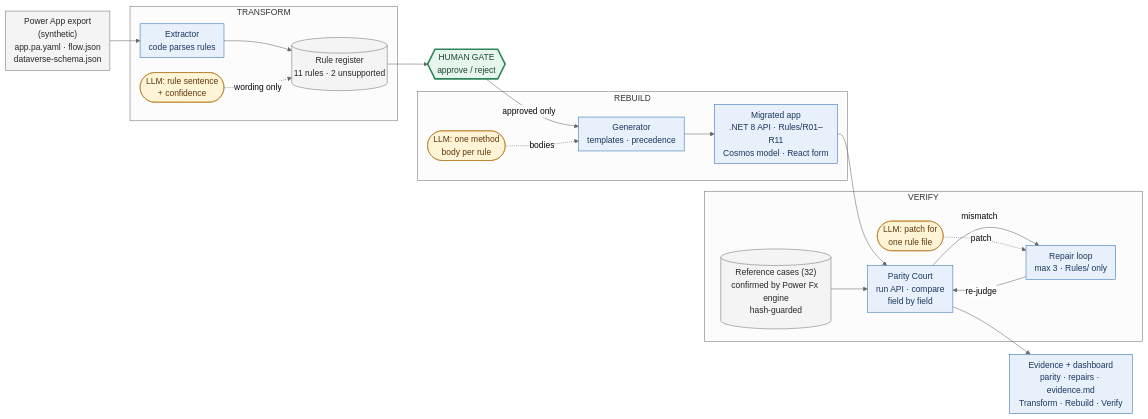
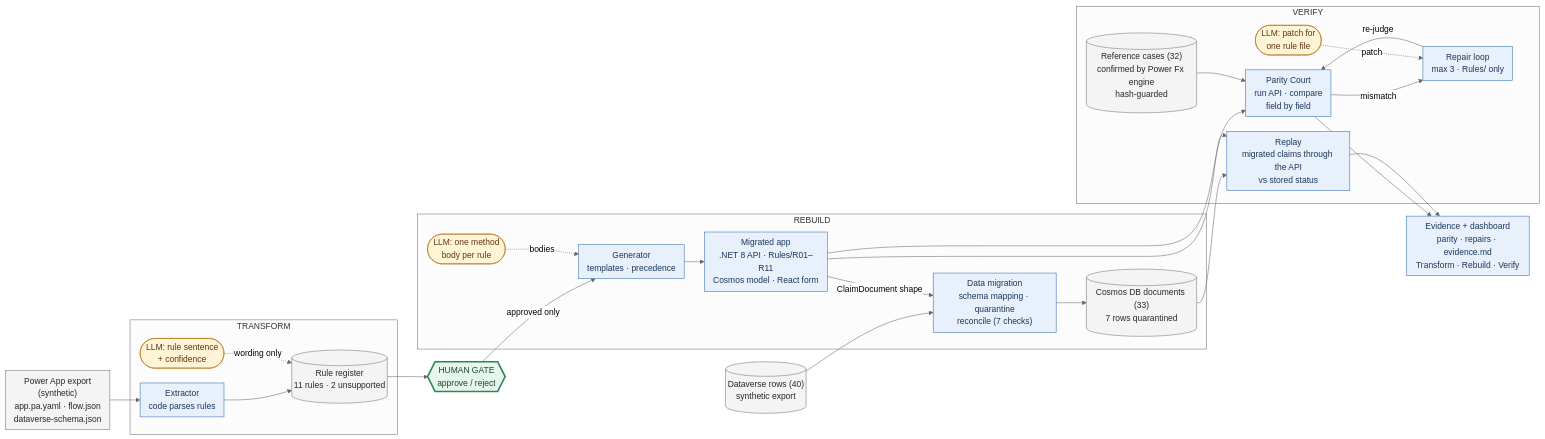
One commit to HelenThl/fluxora changed the diagram in docs/architecture.mmd. Above: the diagram before and after it, drawn with Mermaid (neutral theme). The commit also changed 15 other files, not shown here.

```diff
--- a/docs/architecture.mmd
+++ b/docs/architecture.mmd
@@ -1,51 +1,61 @@
 %%{init: {"flowchart": {"nodeSpacing": 28, "rankSpacing": 38, "padding": 8}}}%%
 %% Fluxora pipeline. Render: npx -y @mermaid-js/mermaid-cli@11.4.2 -i docs/architecture.mmd -o docs/architecture.svg
 %% (Windows PowerShell with scripts disabled: use npx.cmd instead of npx.)
 flowchart LR
     IN["Power App export<br/>(synthetic)<br/>app.pa.yaml · flow.json<br/>dataverse-schema.json"]
+    DV[("Dataverse rows (40)<br/>synthetic export")]
 
     subgraph T["TRANSFORM"]
         EXT["Extractor<br/>code parses rules"]
         EXTLLM(["LLM: rule sentence<br/>+ confidence"])
         REG[("Rule register<br/>11 rules · 2 unsupported")]
     end
 
     GATE{{"HUMAN GATE<br/>approve / reject"}}
 
     subgraph R["REBUILD"]
         GEN["Generator<br/>templates · precedence"]
         GENLLM(["LLM: one method<br/>body per rule"])
         APPOUT["Migrated app<br/>.NET 8 API · Rules/R01–R11<br/>Cosmos model · React form"]
+        MIG["Data migration<br/>schema mapping · quarantine<br/>reconcile (7 checks)"]
+        DOCS[("Cosmos DB documents (33)<br/>7 rows quarantined")]
     end
 
     subgraph V["VERIFY"]
         CASES[("Reference cases (32)<br/>confirmed by Power Fx engine<br/>hash-guarded")]
         JUDGE["Parity Court<br/>run API · compare<br/>field by field"]
         REPAIR["Repair loop<br/>max 3 · Rules/ only"]
         REPLLM(["LLM: patch for<br/>one rule file"])
+        REPLAY["Replay<br/>migrated claims through the API<br/>vs stored status"]
     end
 
     OUT["Evidence + dashboard<br/>parity · repairs · evidence.md<br/>Transform · Rebuild · Verify"]
 
     IN --> EXT
     EXT --> REG
     EXTLLM -. wording only .-> REG
     REG --> GATE
     GATE -- approved only --> GEN
     GENLLM -. bodies .-> GEN
     GEN --> APPOUT
     APPOUT --> JUDGE
     CASES --> JUDGE
     JUDGE -- mismatch --> REPAIR
     REPLLM -. patch .-> REPAIR
     REPAIR -- re-judge --> JUDGE
     JUDGE --> OUT
+    DV --> MIG
+    APPOUT -- ClaimDocument shape --> MIG
+    MIG --> DOCS
+    DOCS --> REPLAY
+    APPOUT --> REPLAY
+    REPLAY --> OUT
 
     classDef llm fill:#fff4d6,stroke:#b7791f,color:#5f370e
     classDef nollm fill:#e8f1fb,stroke:#2b6cb0,color:#1a365d
     classDef human fill:#e6f6ec,stroke:#2f855a,color:#1c4532,stroke-width:3px
     classDef data fill:#f4f4f5,stroke:#71717a,color:#27272a
     class EXTLLM,GENLLM,REPLLM llm
-    class EXT,GEN,JUDGE,REPAIR,APPOUT,OUT nollm
+    class EXT,GEN,JUDGE,REPAIR,APPOUT,OUT,MIG,REPLAY nollm
     class GATE human
-    class REG,CASES,IN data
+    class REG,CASES,IN,DV,DOCS data
```
